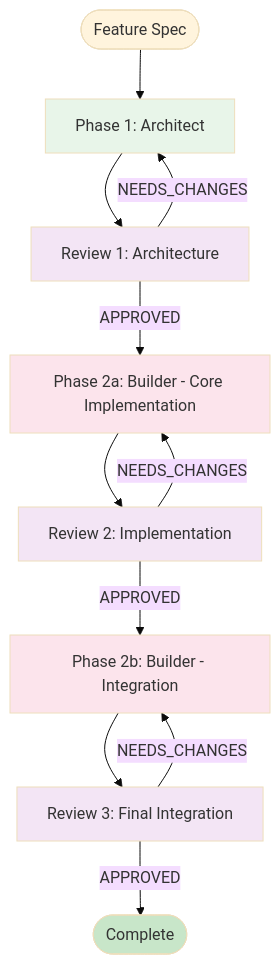
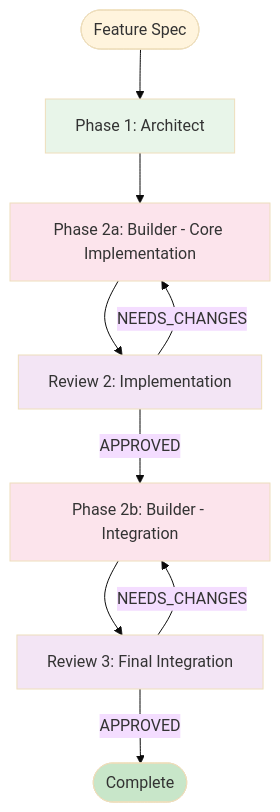
The diagram in .agent/workflows/implementation.md (tuanuet/blogplatform), drawn with Mermaid (base theme) before and after one commit. The commit also changed other lines of this file and 13 other files, not shown here.

Commit message:
feat: Add Zalo URL field to user profiles, DTOs, database schema, and update agent workflow to remove architecture review.

````diff
--- a/.agent/workflows/implementation.md
+++ b/.agent/workflows/implementation.md
@@ -14,24 +14,21 @@
 ```mermaid
 flowchart TB
     Start([Feature Spec]) --> Architect[Phase 1: Architect]
     
-    Architect --> ReviewerArch[Review 1: Architecture]
-    ReviewerArch -->|APPROVED| BuilderP2[Phase 2a: Builder - Core Implementation]
-    ReviewerArch -->|NEEDS_CHANGES| Architect
+    Architect --> BuilderP2[Phase 2a: Builder - Core Implementation]
     
     BuilderP2 --> ReviewerImpl[Review 2: Implementation]
     ReviewerImpl -->|APPROVED| BuilderP3[Phase 2b: Builder - Integration]
     ReviewerImpl -->|NEEDS_CHANGES| BuilderP2
     
     BuilderP3 --> ReviewerInt[Review 3: Final Integration]
     ReviewerInt -->|APPROVED| Complete([Complete])
     ReviewerInt -->|NEEDS_CHANGES| BuilderP3
 
     style Architect fill:#e8f5e9
-    style ReviewerArch fill:#f3e5f5
     style BuilderP2 fill:#fce4ec
     style ReviewerImpl fill:#f3e5f5
     style BuilderP3 fill:#fce4ec
     style ReviewerInt fill:#f3e5f5
     style Complete fill:#c8e6c9
 ```
````
